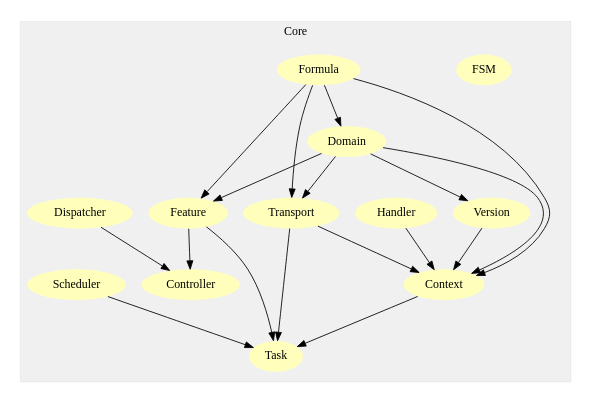
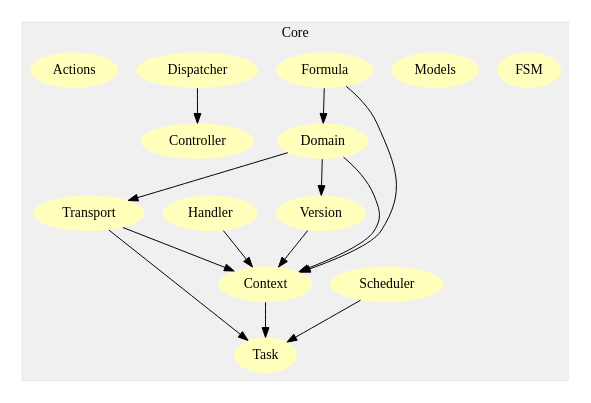
One commit to gev/reacthome-firmware changed the diagram in graph/src/Core.dot. Above: the diagram before and after it, drawn with Graphviz. The commit also changed 27 other files, not shown here.

Commit message:
update the modules dependencies graph

```diff
--- a/graph/src/Core.dot
+++ b/graph/src/Core.dot
@@ -1,40 +1,36 @@
 digraph G {
 size="6,4";
 ratio="fill";
 subgraph cluster_0 {
 label="Core";
 color="#0000000F";
 style="filled";
 u0[label="Context",style="filled",fillcolor="#ffffbb",penwidth="0"];
 u1[label="FSM",style="filled",fillcolor="#ffffbb",penwidth="0"];
 u2[label="Scheduler",style="filled",fillcolor="#ffffbb",penwidth="0"];
 u3[label="Transport",style="filled",fillcolor="#ffffbb",penwidth="0"];
-u4[label="Formula",style="filled",fillcolor="#ffffbb",penwidth="0"];
-u5[label="Domain",style="filled",fillcolor="#ffffbb",penwidth="0"];
-u6[label="Version",style="filled",fillcolor="#ffffbb",penwidth="0"];
-u7[label="Handler",style="filled",fillcolor="#ffffbb",penwidth="0"];
-u8[label="Controller",style="filled",fillcolor="#ffffbb",penwidth="0"];
-u9[label="Task",style="filled",fillcolor="#ffffbb",penwidth="0"];
-u10[label="Dispatcher",style="filled",fillcolor="#ffffbb",penwidth="0"];
-u11[label="Feature",style="filled",fillcolor="#ffffbb",penwidth="0"];
+u4[label="Models",style="filled",fillcolor="#ffffbb",penwidth="0"];
+u5[label="Formula",style="filled",fillcolor="#ffffbb",penwidth="0"];
+u6[label="Domain",style="filled",fillcolor="#ffffbb",penwidth="0"];
+u7[label="Version",style="filled",fillcolor="#ffffbb",penwidth="0"];
+u8[label="Handler",style="filled",fillcolor="#ffffbb",penwidth="0"];
+u9[label="Controller",style="filled",fillcolor="#ffffbb",penwidth="0"];
+u10[label="Task",style="filled",fillcolor="#ffffbb",penwidth="0"];
+u11[label="Dispatcher",style="filled",fillcolor="#ffffbb",penwidth="0"];
+u12[label="Actions",style="filled",fillcolor="#ffffbb",penwidth="0"];
 
 }
-u0 -> u9;
-u2 -> u9;
+u0 -> u10;
+u2 -> u10;
 u3 -> u0;
-u3 -> u9;
-u4 -> u0;
-u4 -> u3;
-u4 -> u5;
-u4 -> u11;
+u3 -> u10;
 u5 -> u0;
-u5 -> u3;
 u5 -> u6;
-u5 -> u11;
 u6 -> u0;
+u6 -> u3;
+u6 -> u7;
 u7 -> u0;
-u10 -> u8;
-u11 -> u8;
+u8 -> u0;
 u11 -> u9;
 
 }
```
